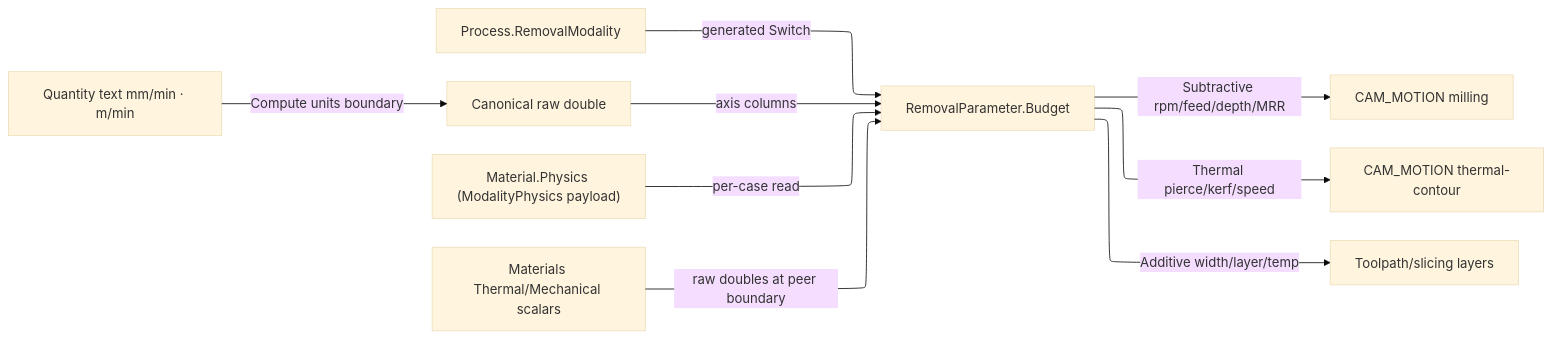
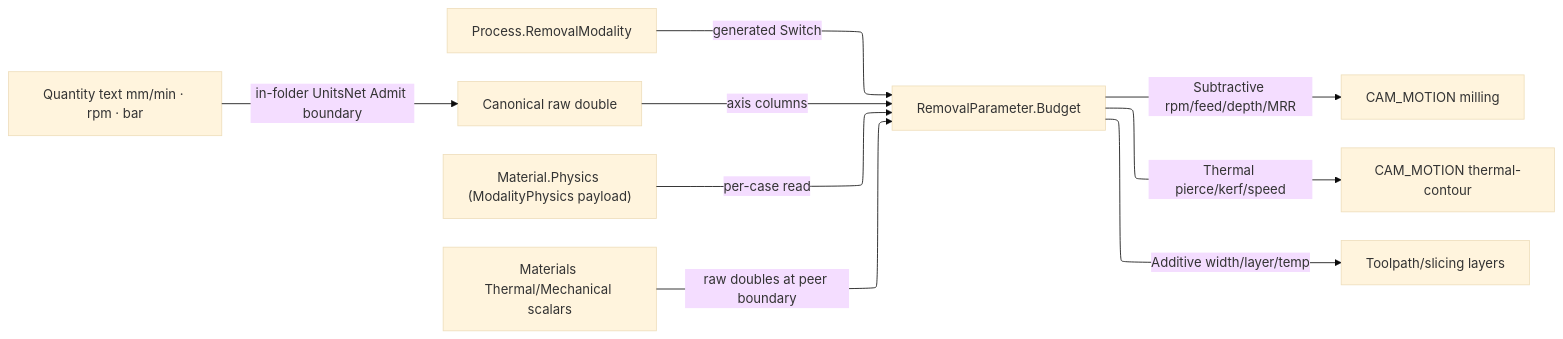
One commit to bsamiee/Rasm changed the diagram in libs/csharp/Rasm.Fabrication/.planning/Process/physics.md. Above: the diagram before and after it, drawn with Mermaid. The commit also changed other lines of this file and 103 other files, not shown here.

````diff
--- a/libs/csharp/Rasm.Fabrication/.planning/Process/physics.md
+++ b/libs/csharp/Rasm.Fabrication/.planning/Process/physics.md
@@ -147,16 +169,16 @@
 ```mermaid
 ---
 config:
   layout: elk
   theme: base
 ---
 flowchart LR
     Process["Process.RemovalModality"] -->|generated Switch| Budget["RemovalParameter.Budget"]
-    Quantity["Quantity text mm/min · m/min"] -->|Compute units boundary| Canonical["Canonical raw double"]
+    Quantity["Quantity text mm/min · rpm · bar"] -->|in-folder UnitsNet Admit boundary| Canonical["Canonical raw double"]
     Material["Material.Physics (ModalityPhysics payload)"] -->|per-case read| Budget
     Constitutive["Materials Thermal/Mechanical scalars"] -->|raw doubles at peer boundary| Budget
     Canonical -->|axis columns| Budget
     Budget -->|Subtractive rpm/feed/depth/MRR| Cam["CAM_MOTION milling"]
     Budget -->|Thermal pierce/kerf/speed| Thermal["CAM_MOTION thermal-contour"]
     Budget -->|Additive width/layer/temp| Additive["Toolpath/slicing layers"]
 ```
````
